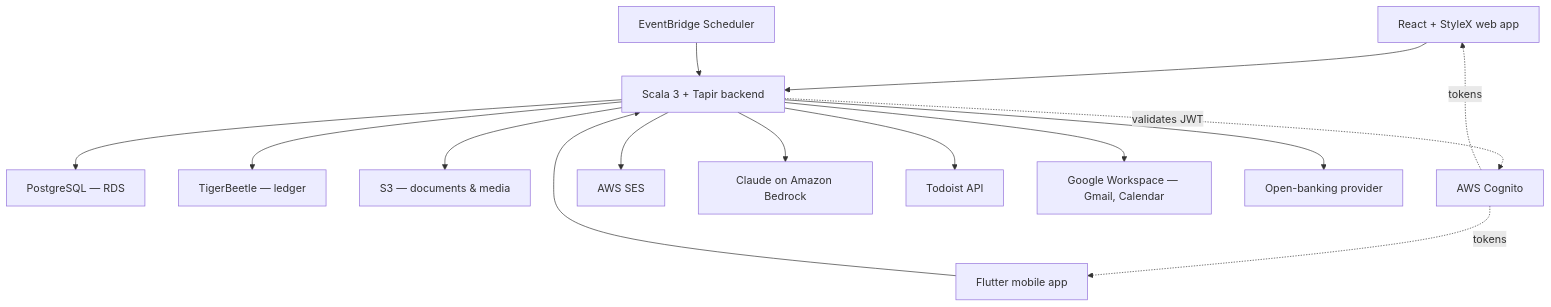
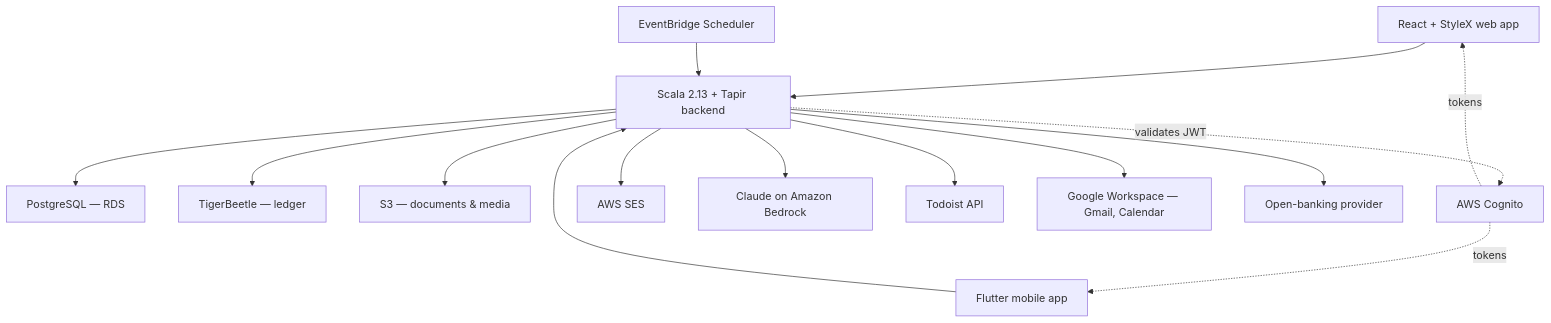
One commit to alexflav23/kanzen changed the third of 3 diagrams in Kanzen-Platform-Spec.md. Above: the diagram before and after it, drawn with Mermaid. The commit also changed other lines of this file and 2 other files, not shown here.

````diff
--- a/Kanzen-Platform-Spec.md
+++ b/Kanzen-Platform-Spec.md
@@ -415,17 +416,17 @@
 ```mermaid
 graph TD
     W["React + StyleX web app"] --> API
     M["Flutter mobile app"] --> API
-    API["Scala 3 + Tapir backend"] --> DB["PostgreSQL — RDS"]
+    API["Scala 2.13 + Tapir backend"] --> DB["PostgreSQL — RDS"]
     API --> TB["TigerBeetle — ledger"]
     API --> S3["S3 — documents & media"]
     AUTH["AWS Cognito"] -.tokens.-> W
     AUTH -.tokens.-> M
     API -.validates JWT.-> AUTH
     CRON["EventBridge Scheduler"] --> API
     API --> SES["AWS SES"]
     API --> BR["Claude on Amazon Bedrock"]
     API --> TD["Todoist API"]
     API --> GW["Google Workspace — Gmail, Calendar"]
     API --> BANK["Open-banking provider"]
 ```
````
